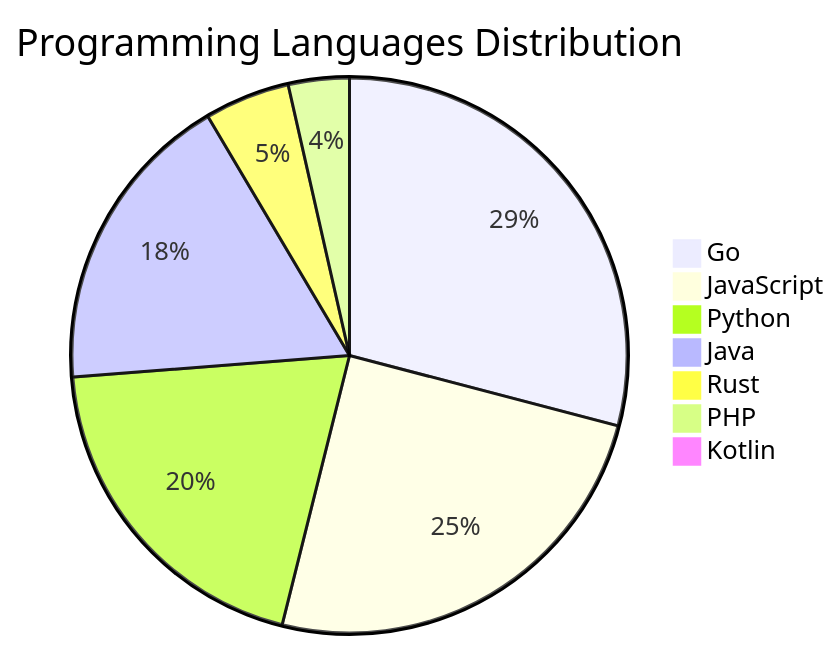
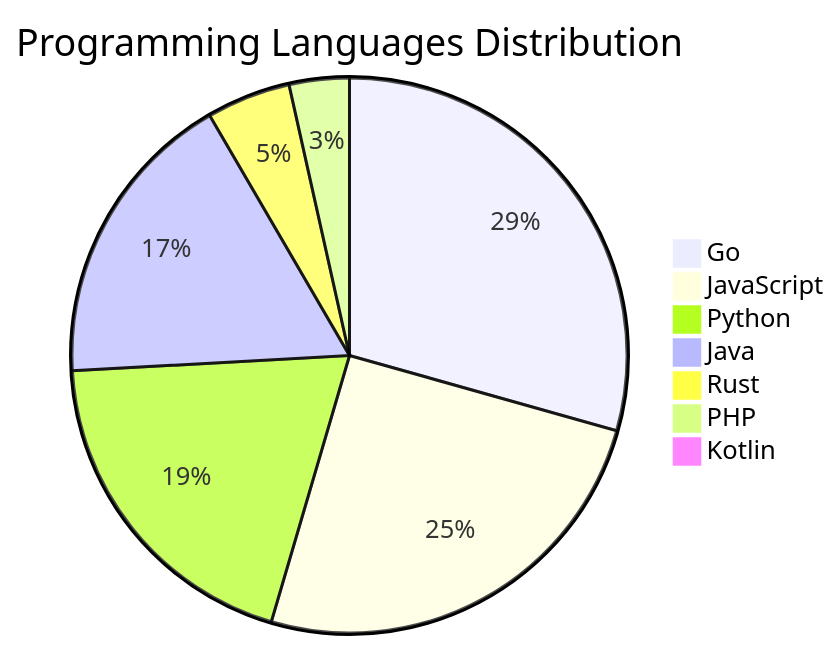
Before and after one commit to Derrick-MUGISHA/github-activity-bot: the diagram in README.md, drawn with Mermaid. The commit also changed other lines of this file and 4 other files, not shown here.

````diff
--- a/README.md
+++ b/README.md
@@ -207,10 +207,10 @@
 ```mermaid
 pie title Programming Languages Distribution
-    "Go" : 41
-    "JavaScript" : 35
+    "Go" : 42
+    "JavaScript" : 36
     "Python" : 28
     "Java" : 25
     "Rust" : 7
     "PHP" : 5
     "Kotlin" : 1
 ```
````
